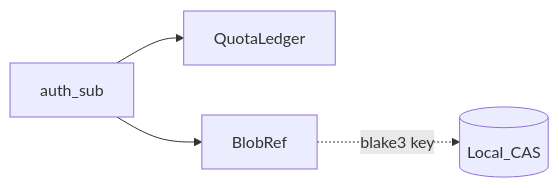
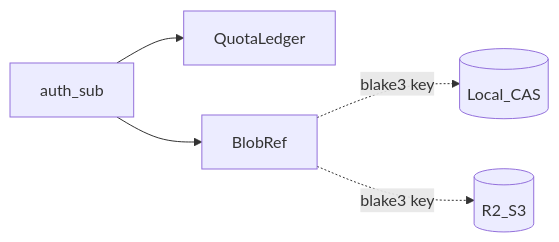
The diagram in .workspace/0_doc/architecture/assets-server.md (FRICK-ELDY/alchemy), drawn with Mermaid before and after one commit. The commit also changed other lines of this file and 22 other files, not shown here.

Commit message:
x001c: assets CAS を local / R2(S3) 切替可能にする

````diff
--- a/.workspace/0_doc/architecture/assets-server.md
+++ b/.workspace/0_doc/architecture/assets-server.md
@@ -45,6 +48,7 @@
 ```mermaid
 flowchart LR
   UserRef[auth_sub] --> QuotaLedger
   UserRef --> BlobRef
-  BlobRef -.->|"blake3 key"| CAS[(Local_CAS)]
+  BlobRef -.->|"blake3 key"| CASLocal[(Local_CAS)]
+  BlobRef -.->|"blake3 key"| CASR2[(R2_S3)]
 ```
````
